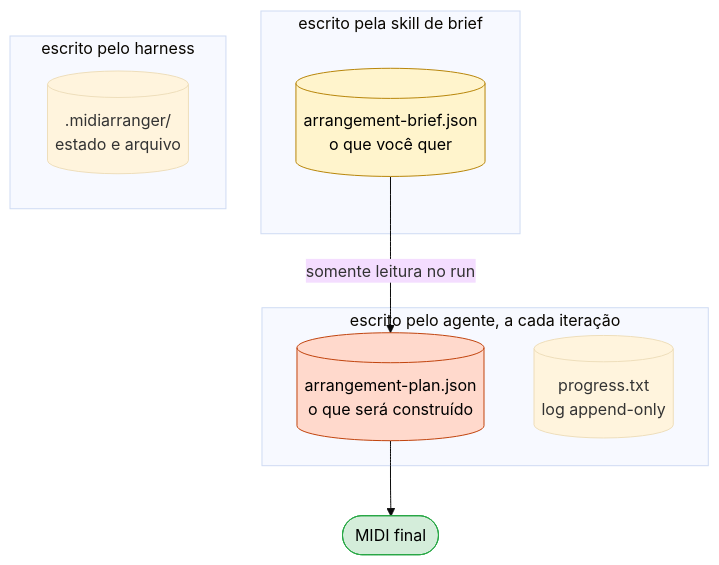
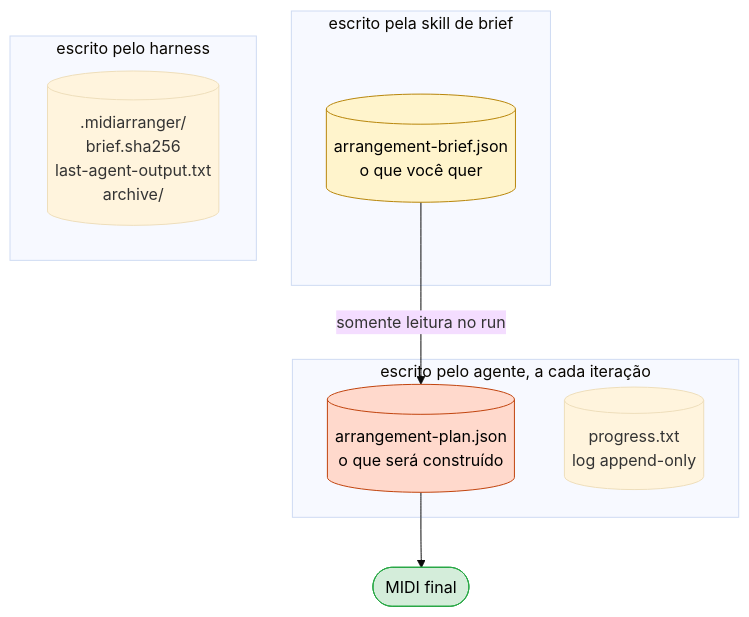
One commit to OvictorVieira/midi.arranger.cli changed the fifth of 5 diagrams in docs/fluxo-harness.md. Above: the diagram before and after it, drawn with Mermaid (base theme). The commit also changed other lines of this file, not shown here.

````diff
--- a/docs/fluxo-harness.md
+++ b/docs/fluxo-harness.md
@@ -160,20 +162,20 @@
 ```mermaid
 flowchart TD
     subgraph escrita_pela_skill [escrito pela skill de brief]
         BRIEF[(arrangement-brief.json<br/>o que você quer)]
     end
     subgraph escrita_pelo_agente [escrito pelo agente, a cada iteração]
         PLAN[(arrangement-plan.json<br/>o que será construído)]
         PROG[(progress.txt<br/>log append-only)]
     end
     subgraph escrita_pelo_harness [escrito pelo harness]
-        STATE[(.midiarranger/<br/>estado e arquivo)]
+        STATE[(.midiarranger/<br/>brief.sha256<br/>last-agent-output.txt<br/>archive/)]
     end
 
     BRIEF -->|somente leitura no run| PLAN
     PLAN --> MIDI([MIDI final])
 
     style BRIEF fill:#fff4cc,stroke:#b8860b,color:#000
     style PLAN fill:#ffd9cc,stroke:#c1440e,color:#000
     style MIDI fill:#d4edda,stroke:#28a745,color:#000
 ```
````
